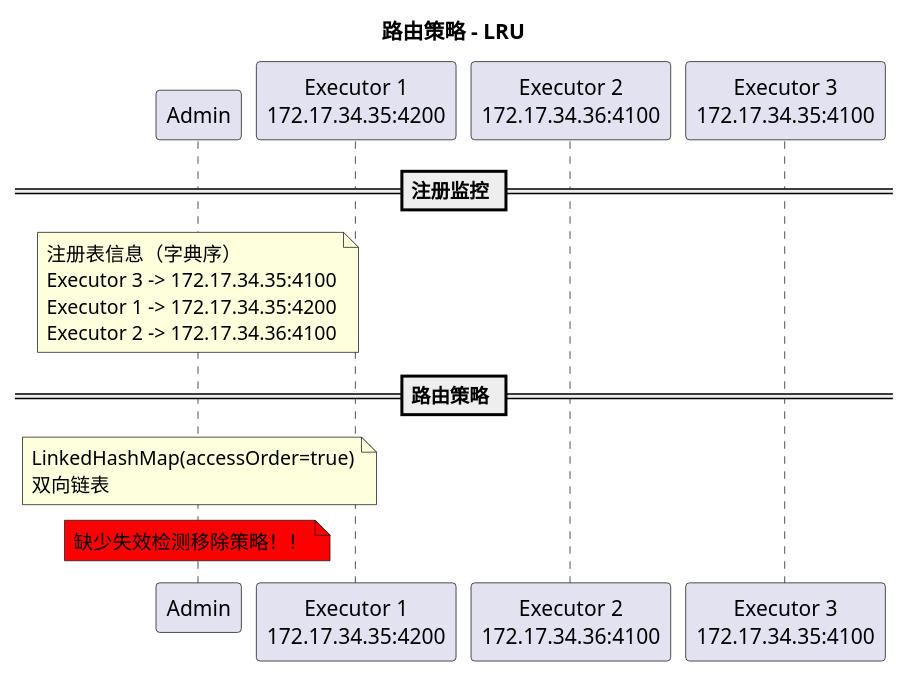
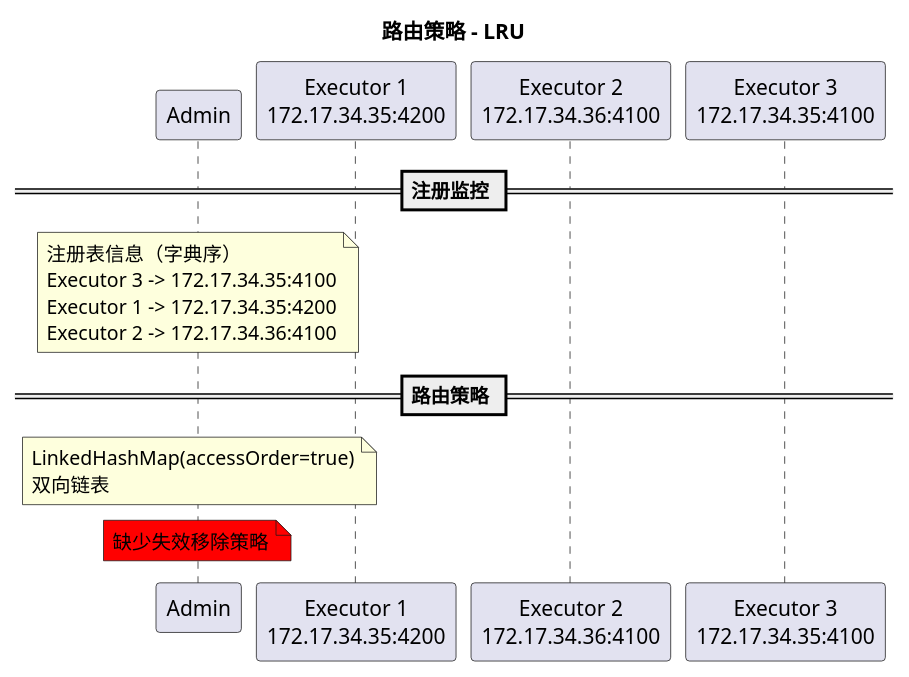
One commit to Sean-K-Wu/xxl-job changed the diagram in doc/uml/sequence/admin/route-lru.puml. Above: the diagram before and after it, drawn with PlantUML. The commit also changed 9 other files, not shown here.

```diff
--- a/doc/uml/sequence/admin/route-lru.puml
+++ b/doc/uml/sequence/admin/route-lru.puml
@@ -1,25 +1,25 @@
 @startuml
 title 路由策略 - LRU
 
 participant a as "Admin" order 10
 participant e1 as "Executor 1\n172.17.34.35:4200" order 20
 participant e2 as "Executor 2\n172.17.34.36:4100" order 30
 participant e3 as "Executor 3\n172.17.34.35:4100" order 40
 
 == 注册监控 ==
 note over a
     注册表信息（字典序）
     Executor 3 -> 172.17.34.35:4100
     Executor 1 -> 172.17.34.35:4200
     Executor 2 -> 172.17.34.36:4100
 end note
 
 == 路由策略 ==
 note over a
     LinkedHashMap(accessOrder=true)
     双向链表
 end note
 note over a #red
-    缺少失效检测移除策略！！
+    缺少失效移除策略
 end note
 @enduml
```
